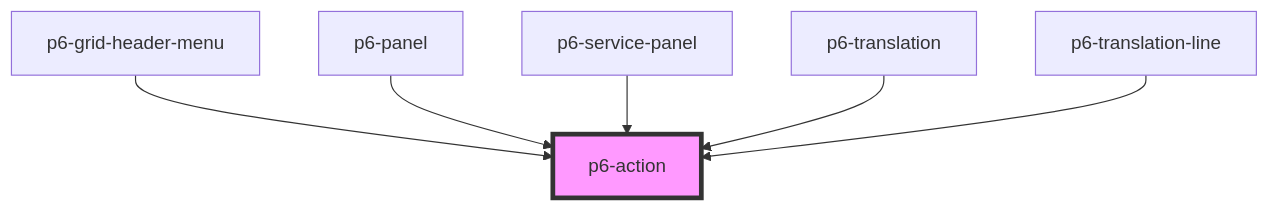
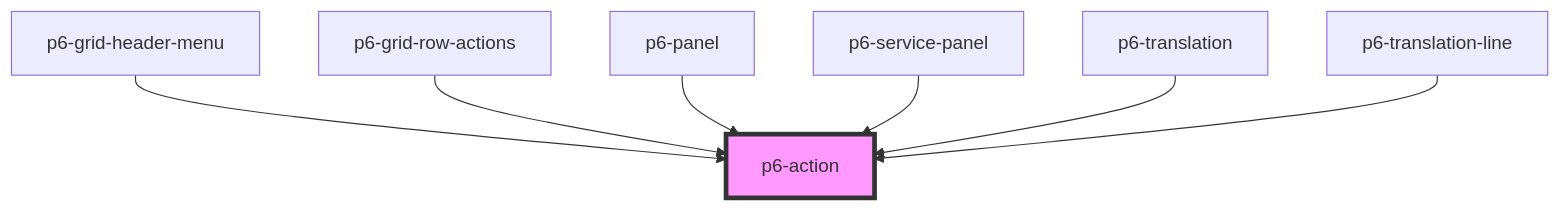
The diagram in packages/core/src/components/atoms/p6-action/readme.md (amalto/platform6-ui-components), drawn with Mermaid before and after one commit. The commit also changed other lines of this file and 9 other files, not shown here.

Commit message:
add a p6-grid-row-actions component

````diff
--- a/packages/core/src/components/atoms/p6-action/readme.md
+++ b/packages/core/src/components/atoms/p6-action/readme.md
@@ -26,9 +27,10 @@
 ```mermaid
 graph TD;
   p6-grid-header-menu --> p6-action
+  p6-grid-row-actions --> p6-action
   p6-panel --> p6-action
   p6-service-panel --> p6-action
   p6-translation --> p6-action
   p6-translation-line --> p6-action
   style p6-action fill:#f9f,stroke:#333,stroke-width:4px
 ```
````
